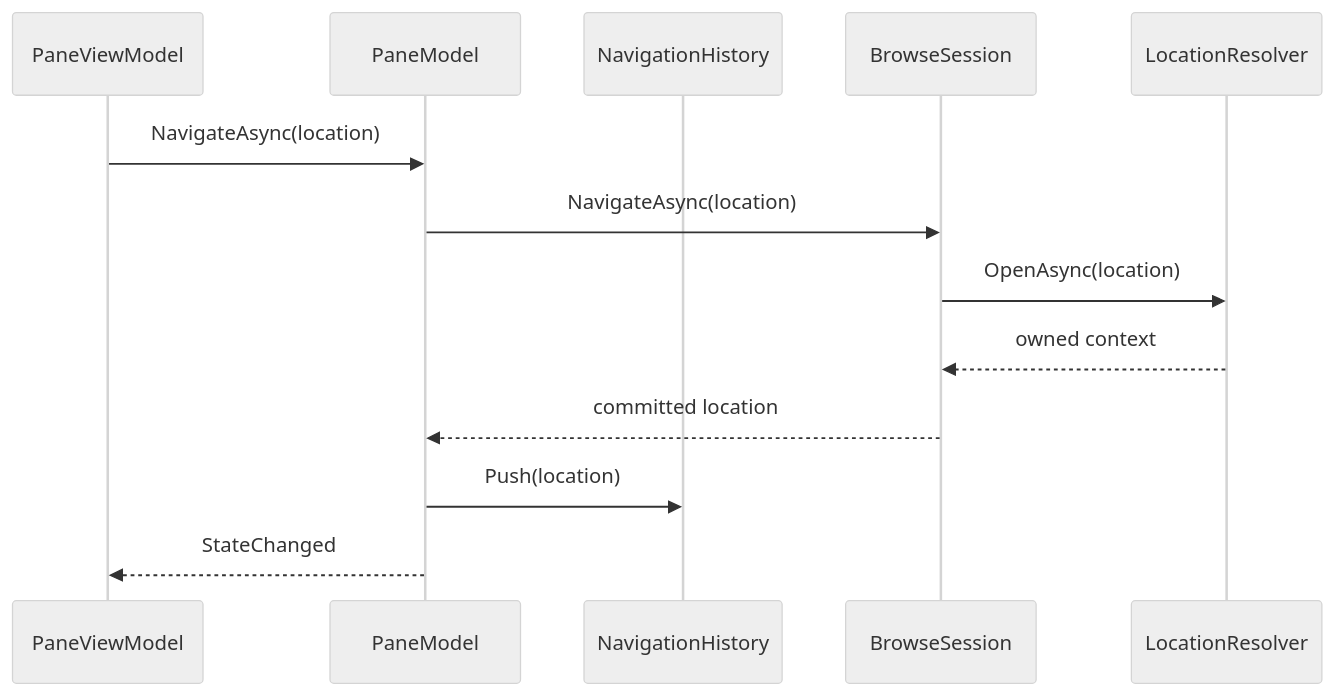
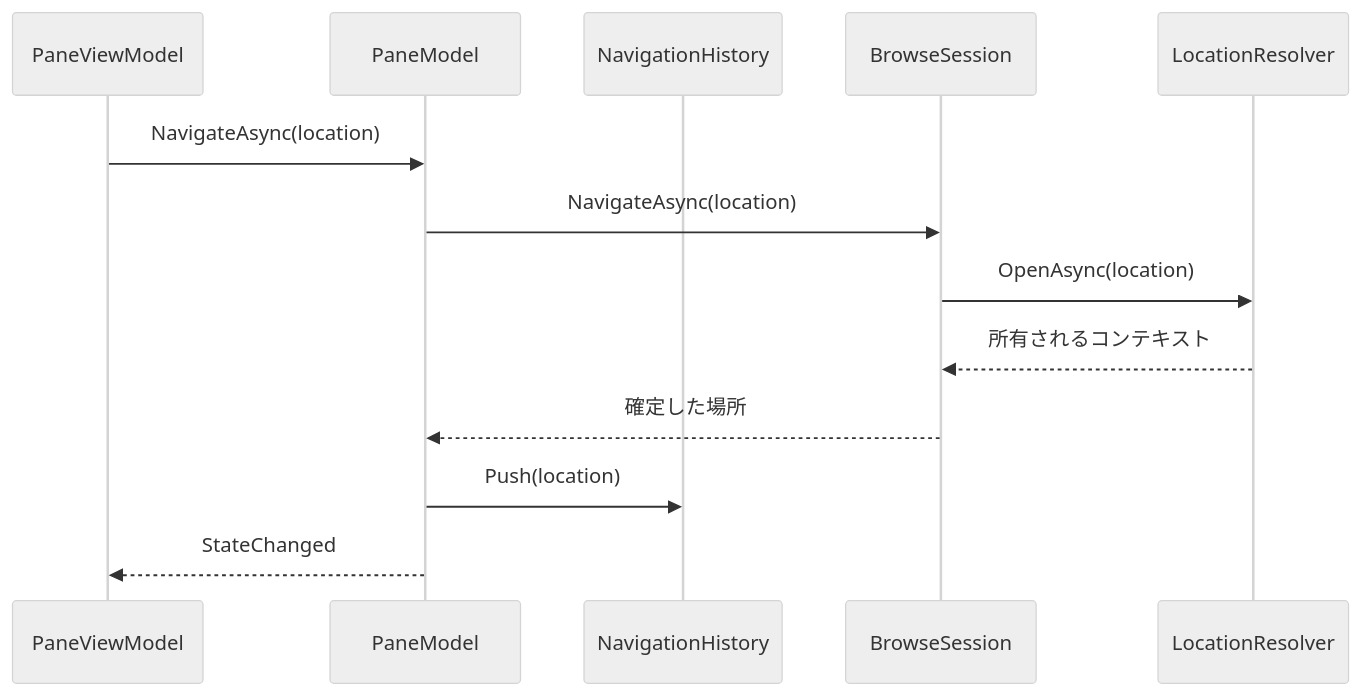
Before and after one commit to 0x5bfa/Files: the second of 4 diagrams in docs/architecture/app-models.md, drawn with Mermaid (neutral theme). The commit also changed other lines of this file and 18 other files, not shown here.

Commit message:
Translate architecture docs to Japanese

````diff
--- a/docs/architecture/app-models.md
+++ b/docs/architecture/app-models.md
@@ -103,16 +92,16 @@
 ```mermaid
 sequenceDiagram
     participant VM as PaneViewModel
     participant Pane as PaneModel
     participant History as NavigationHistory
     participant Session as BrowseSession
     participant Resolver as LocationResolver
 
     VM->>Pane: NavigateAsync(location)
     Pane->>Session: NavigateAsync(location)
     Session->>Resolver: OpenAsync(location)
-    Resolver-->>Session: owned context
-    Session-->>Pane: committed location
+    Resolver-->>Session: 所有されるコンテキスト
+    Session-->>Pane: 確定した場所
     Pane->>History: Push(location)
     Pane-->>VM: StateChanged
 ```
````
